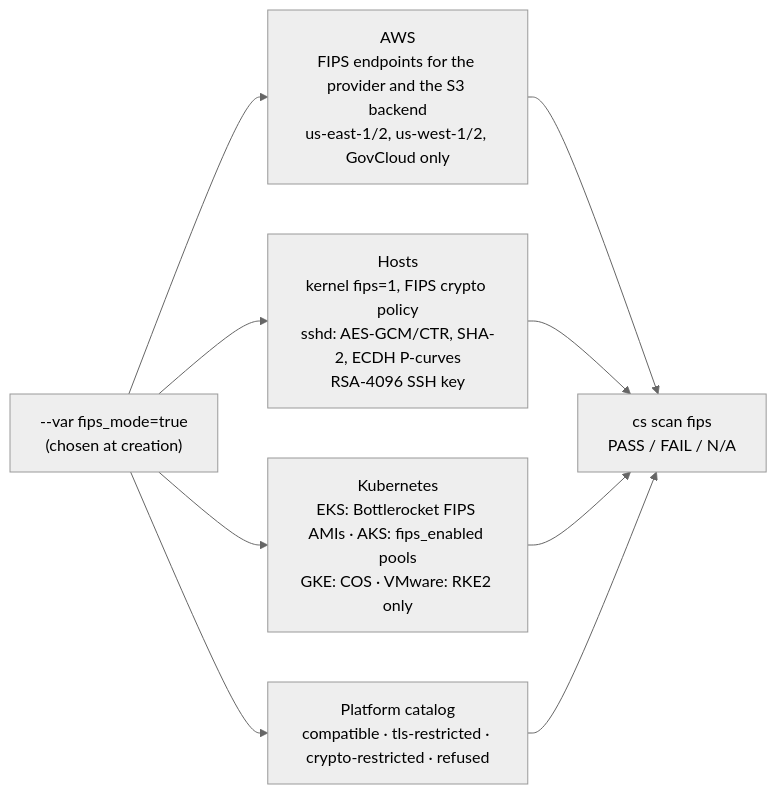
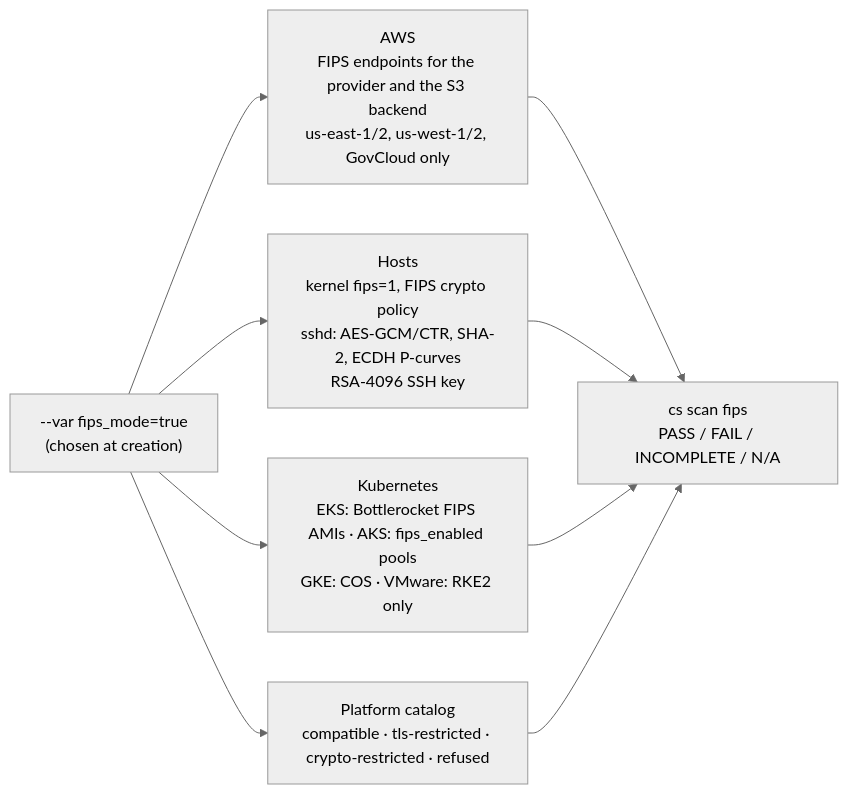
One commit to nimeshbuilds/cloudseed changed the diagram in docs/scenarios/11-fips-140-mode.md. Above: the diagram before and after it, drawn with Mermaid (neutral theme). The commit also changed other lines of this file and 94 other files, not shown here.

````diff
--- a/docs/scenarios/11-fips-140-mode.md
+++ b/docs/scenarios/11-fips-140-mode.md
@@ -26,9 +27,9 @@
 ```mermaid
 flowchart LR
   sw["--var fips_mode=true<br/>(chosen at creation)"] --> aws & hosts & k8s & plat
   aws["AWS<br/>FIPS endpoints for the provider and the S3 backend<br/>us-east-1/2, us-west-1/2, GovCloud only"]
   hosts["Hosts<br/>kernel fips=1, FIPS crypto policy<br/>sshd: AES-GCM/CTR, SHA-2, ECDH P-curves<br/>RSA-4096 SSH key"]
   k8s["Kubernetes<br/>EKS: Bottlerocket FIPS AMIs · AKS: fips_enabled pools<br/>GKE: COS · VMware: RKE2 only"]
   plat["Platform catalog<br/>compatible · tls-restricted · crypto-restricted · refused"]
-  aws & hosts & k8s & plat --> verify["cs scan fips<br/>PASS / FAIL / N/A"]
+  aws & hosts & k8s & plat --> verify["cs scan fips<br/>PASS / FAIL / INCOMPLETE / N/A"]
 ```
````
